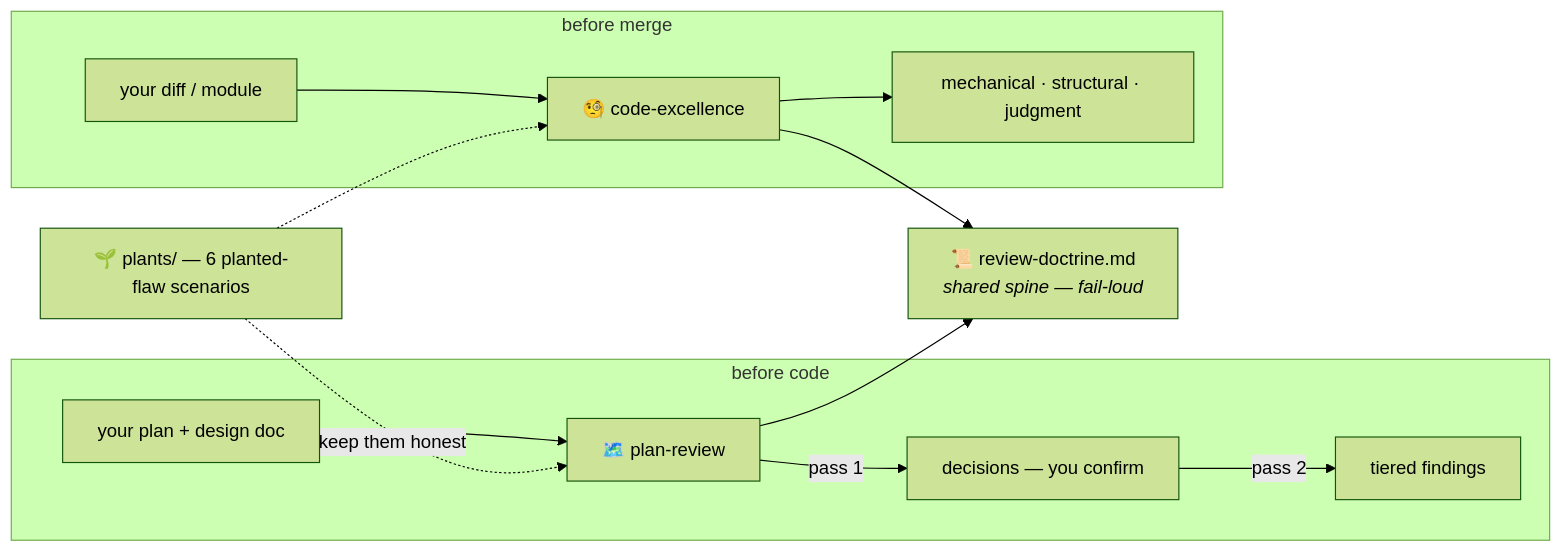
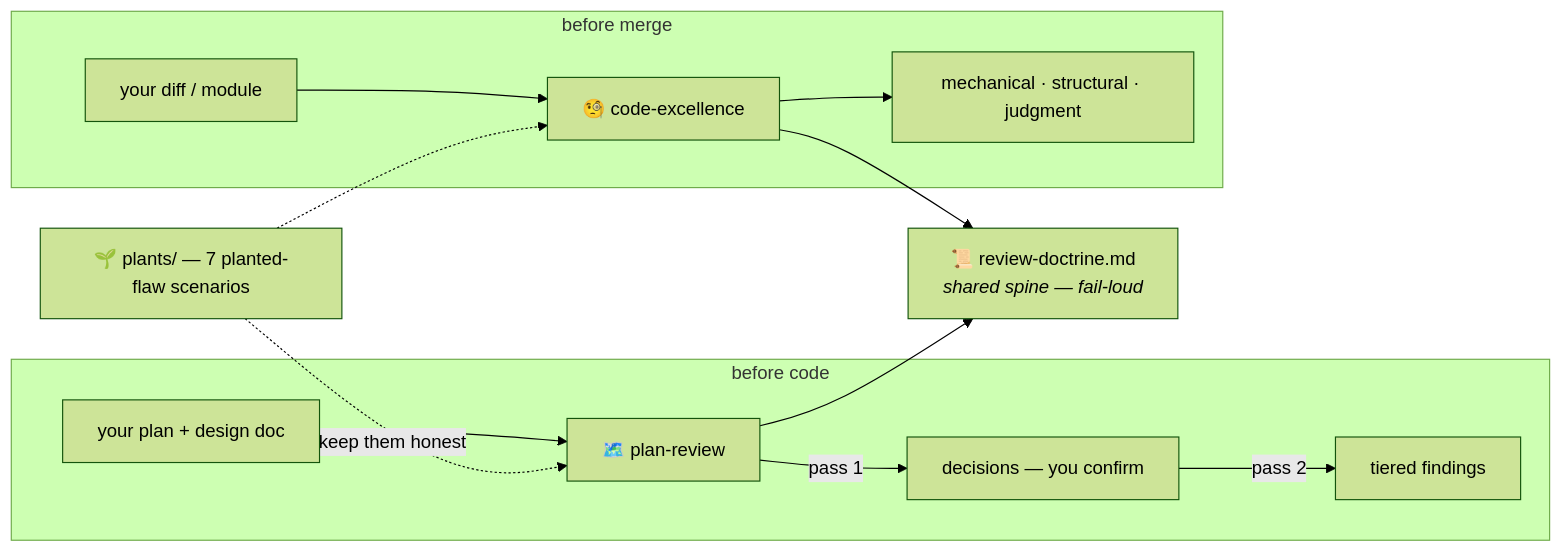
The diagram in README.md (mahmoudmoe84/review-toolkit), drawn with Mermaid (forest theme) before and after one commit. The commit also changed other lines of this file and 8 other files, not shown here.

````diff
--- a/README.md
+++ b/README.md
@@ -34,20 +34,20 @@
 ```mermaid
 flowchart LR
     D[📜 review-doctrine.md<br/><i>shared spine — fail-loud</i>]
     P[🗺️ plan-review] --> D
     C[🧐 code-excellence] --> D
 
     subgraph before code
         PLAN[your plan + design doc] --> P
         P -->|pass 1| DEC[decisions — you confirm]
         DEC -->|pass 2| F1[tiered findings]
     end
 
     subgraph before merge
         DIFF[your diff / module] --> C
         C --> F2[mechanical · structural · judgment]
     end
 
-    PL[🌱 plants/ — 6 planted-flaw scenarios] -.->|keep them honest| P
+    PL[🌱 plants/ — 7 planted-flaw scenarios] -.->|keep them honest| P
     PL -.-> C
 ```
````
